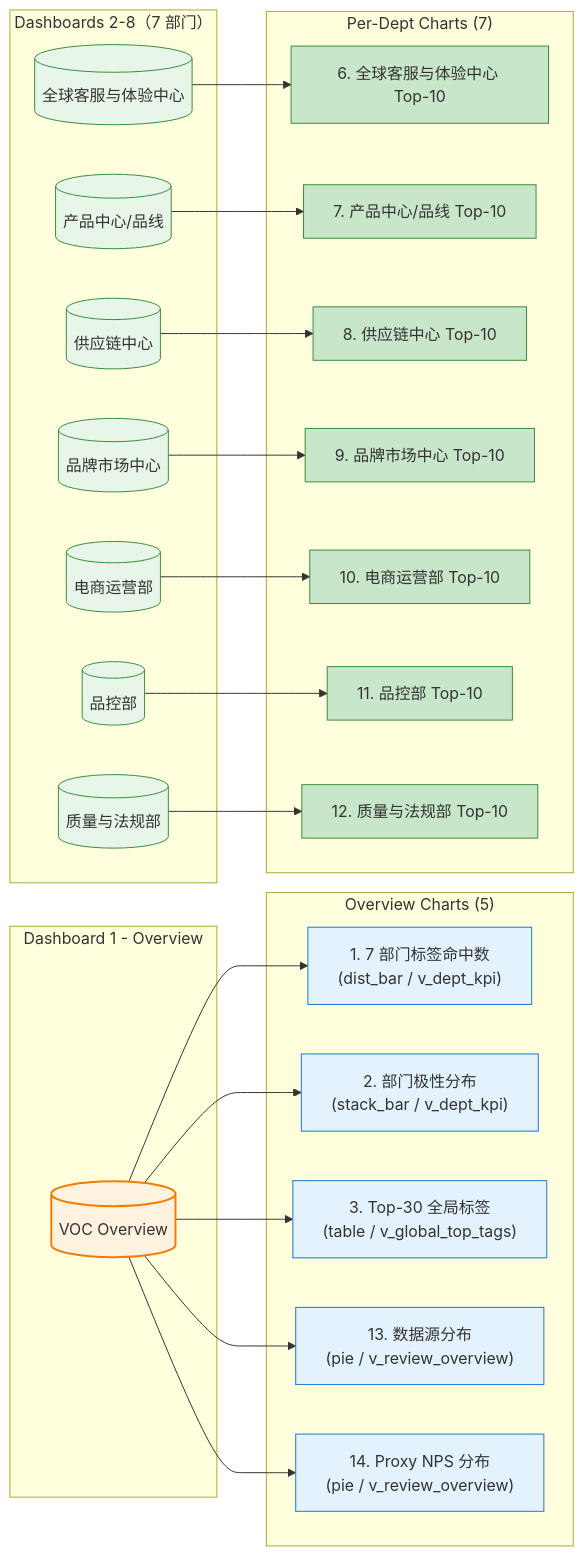
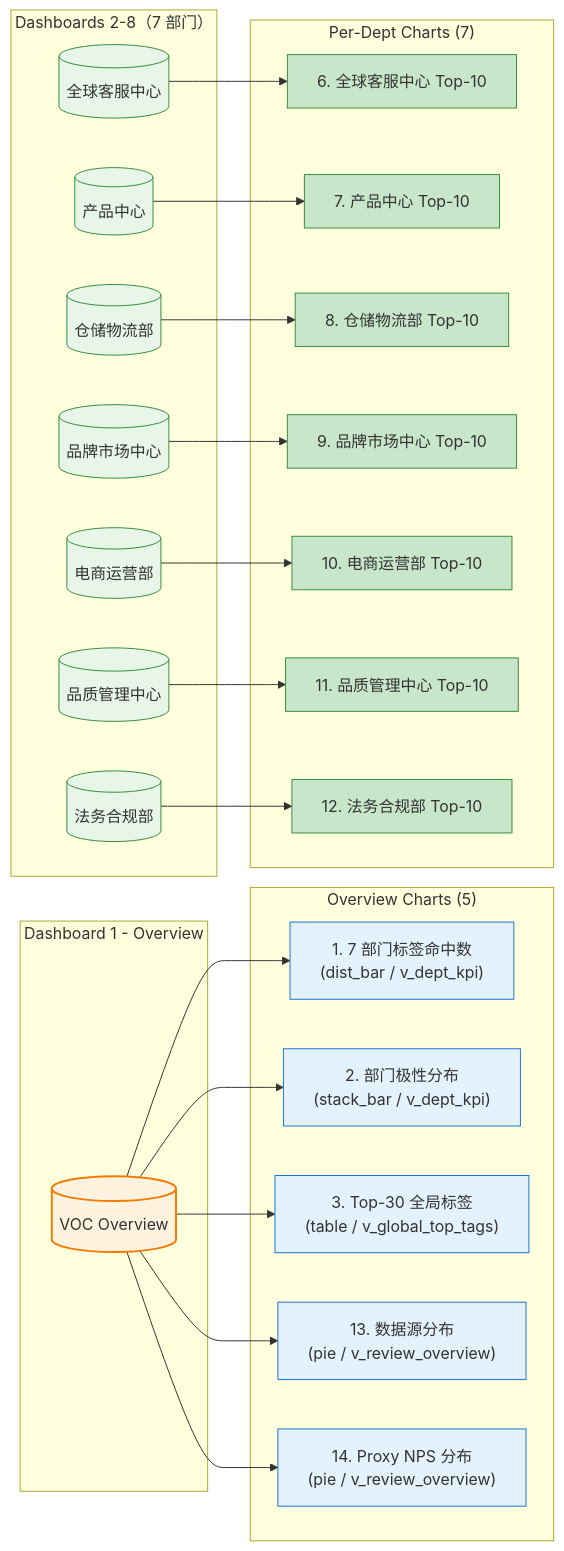
The fifth of 10 diagrams in paper2skills-vault/07-NLP-VOC/research/01-设计文档/00-Phase5-汇报与复盘/phase7-architecture-diagrams.md (zjgulai/paper_to_skills), drawn with Mermaid before and after one commit. The commit also changed other lines of this file and 50 other files, not shown here.

````diff
--- a/paper2skills-vault/07-NLP-VOC/research/01-设计文档/00-Phase5-汇报与复盘/phase7-architecture-diagrams.md
+++ b/paper2skills-vault/07-NLP-VOC/research/01-设计文档/00-Phase5-汇报与复盘/phase7-architecture-diagrams.md
@@ -176,57 +176,57 @@
 ```mermaid
 flowchart LR
     subgraph DASH1["Dashboard 1 - Overview"]
         D1[("VOC Overview")]
     end
     subgraph DEPT["Dashboards 2-8（7 部门）"]
-        D2[("全球客服与体验中心")]
-        D3[("产品中心/品线")]
-        D4[("供应链中心")]
+        D2[("全球客服中心")]
+        D3[("产品中心")]
+        D4[("仓储物流部")]
         D5[("品牌市场中心")]
         D6[("电商运营部")]
-        D7[("品控部")]
-        D8[("质量与法规部")]
+        D7[("品质管理中心")]
+        D8[("法务合规部")]
     end
 
     subgraph CHARTS_OV["Overview Charts (5)"]
         C1["1. 7 部门标签命中数<br/>(dist_bar / v_dept_kpi)"]
         C2["2. 部门极性分布<br/>(stack_bar / v_dept_kpi)"]
         C3["3. Top-30 全局标签<br/>(table / v_global_top_tags)"]
         C13["13. 数据源分布<br/>(pie / v_review_overview)"]
         C14["14. Proxy NPS 分布<br/>(pie / v_review_overview)"]
     end
 
     subgraph CHARTS_DEPT["Per-Dept Charts (7)"]
-        C6["6. 全球客服与体验中心 Top-10"]
-        C7["7. 产品中心/品线 Top-10"]
-        C8["8. 供应链中心 Top-10"]
+        C6["6. 全球客服中心 Top-10"]
+        C7["7. 产品中心 Top-10"]
+        C8["8. 仓储物流部 Top-10"]
         C9["9. 品牌市场中心 Top-10"]
         C10["10. 电商运营部 Top-10"]
-        C11["11. 品控部 Top-10"]
-        C12["12. 质量与法规部 Top-10"]
+        C11["11. 品质管理中心 Top-10"]
+        C12["12. 法务合规部 Top-10"]
     end
 
     D1 --> C1
     D1 --> C2
     D1 --> C3
     D1 --> C13
     D1 --> C14
 
     D2 --> C6
     D3 --> C7
     D4 --> C8
     D5 --> C9
     D6 --> C10
     D7 --> C11
     D8 --> C12
 
     classDef dashOV fill:#fff3e0,stroke:#f57c00,stroke-width:2px;
     classDef dashDept fill:#e8f5e9,stroke:#388e3c;
     classDef chartOV fill:#e3f2fd,stroke:#1976d2;
     classDef chartDept fill:#c8e6c9,stroke:#388e3c;
 
     class D1 dashOV;
     class D2,D3,D4,D5,D6,D7,D8 dashDept;
     class C1,C2,C3,C13,C14 chartOV;
     class C6,C7,C8,C9,C10,C11,C12 chartDept;
 ```
````
